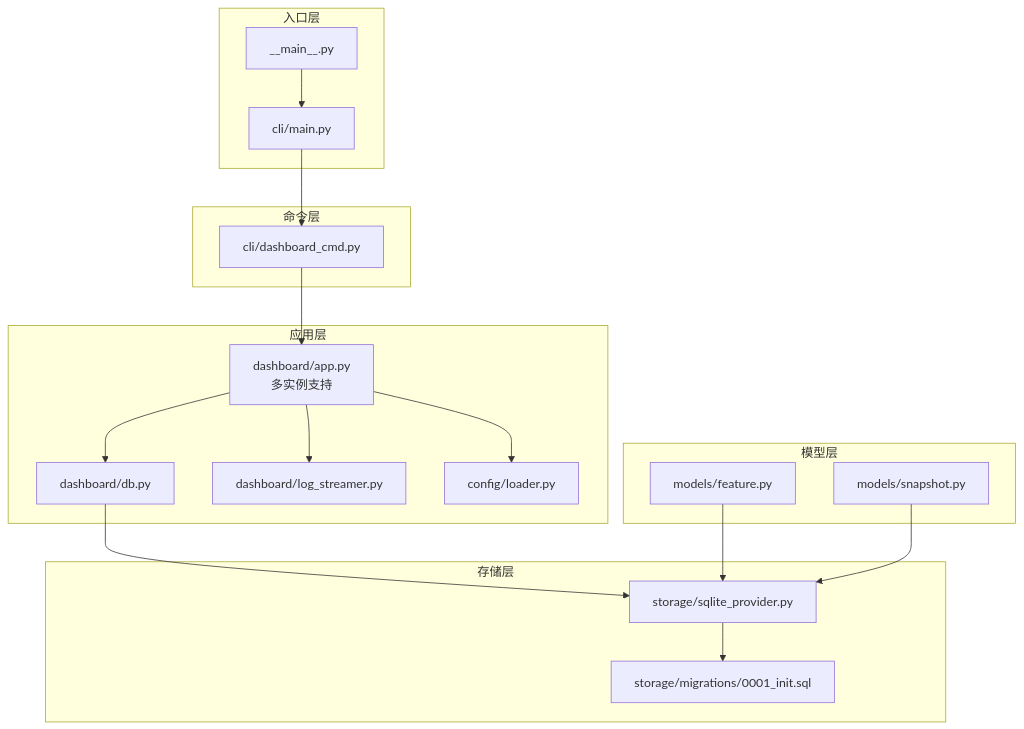
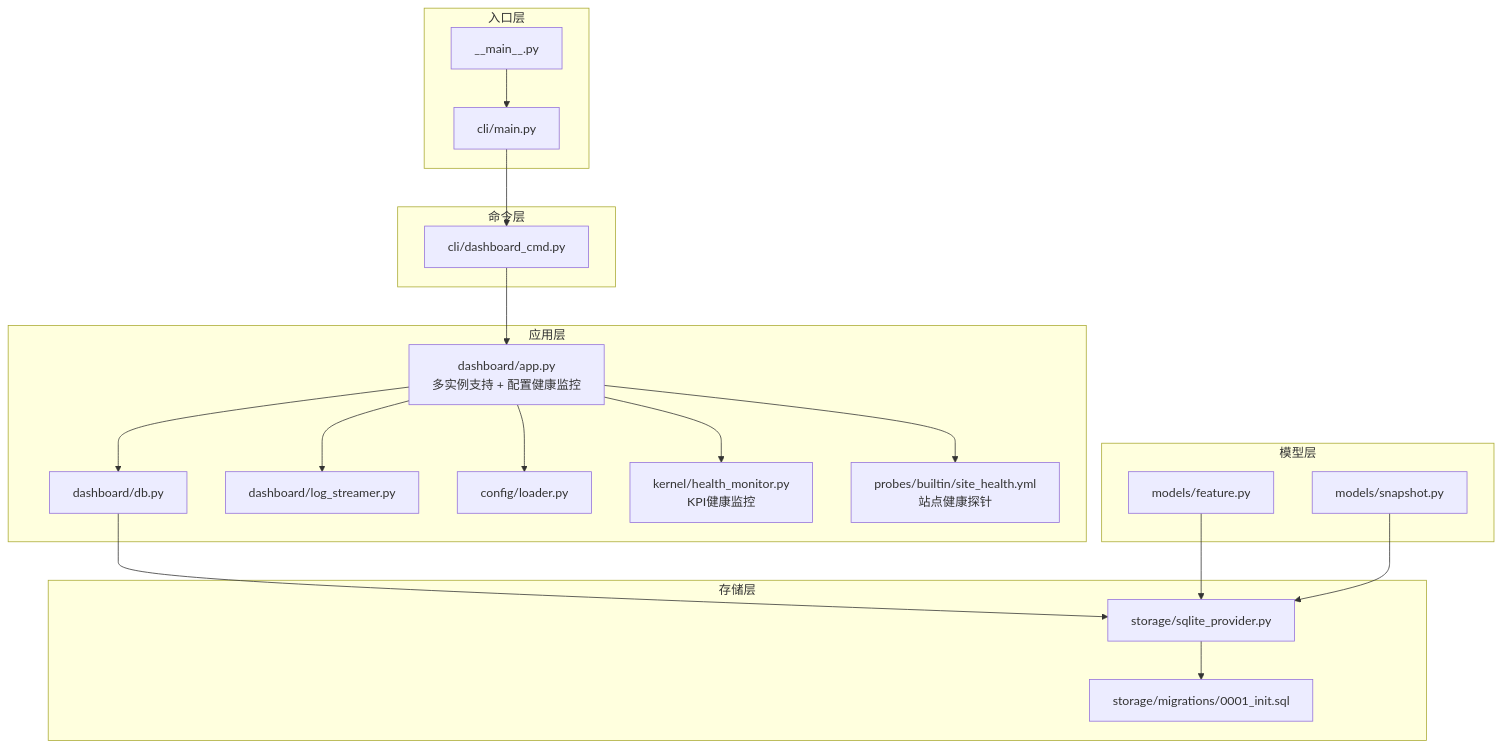
Diagram 15 of 15 in .qoder/repowiki/zh/content/技术实现参考/Web仪表板系统.md (pinsonchen/vivify), drawn with Mermaid before and after one commit. The commit also changed other lines of this file and 5 other files, not shown here.

````diff
--- a/.qoder/repowiki/zh/content/技术实现参考/Web仪表板系统.md
+++ b/.qoder/repowiki/zh/content/技术实现参考/Web仪表板系统.md
@@ -544,34 +726,38 @@
 ```mermaid
 graph TB
 subgraph "入口层"
 MainEntry["__main__.py"]
 CLIMain["cli/main.py"]
 end
 subgraph "命令层"
 DashboardCmd["cli/dashboard_cmd.py"]
 end
 subgraph "应用层"
-DashboardApp["dashboard/app.py<br/>多实例支持"]
+DashboardApp["dashboard/app.py<br/>多实例支持 + 配置健康监控"]
 DashboardDB["dashboard/db.py"]
 LogStreamer["dashboard/log_streamer.py"]
 ConfigLoader["config/loader.py"]
+HealthMonitor["kernel/health_monitor.py<br/>KPI健康监控"]
+Probes["probes/builtin/site_health.yml<br/>站点健康探针"]
 end
 subgraph "存储层"
 SQLiteProvider["storage/sqlite_provider.py"]
 SchemaSQL["storage/migrations/0001_init.sql"]
 end
 subgraph "模型层"
 FeatureModel["models/feature.py"]
 SnapshotModel["models/snapshot.py"]
 end
 MainEntry --> CLIMain
 CLIMain --> DashboardCmd
 DashboardCmd --> DashboardApp
 DashboardApp --> DashboardDB
 DashboardApp --> LogStreamer
 DashboardApp --> ConfigLoader
+DashboardApp --> HealthMonitor
+DashboardApp --> Probes
 DashboardDB --> SQLiteProvider
 SQLiteProvider --> SchemaSQL
 FeatureModel --> SQLiteProvider
 SnapshotModel --> SQLiteProvider
 ```
````
